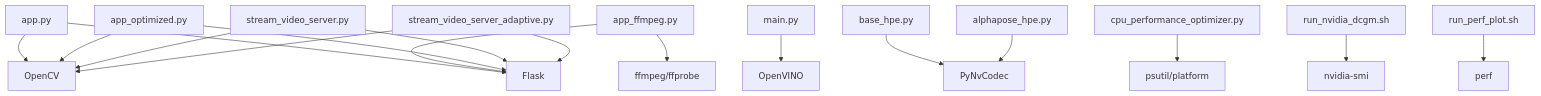
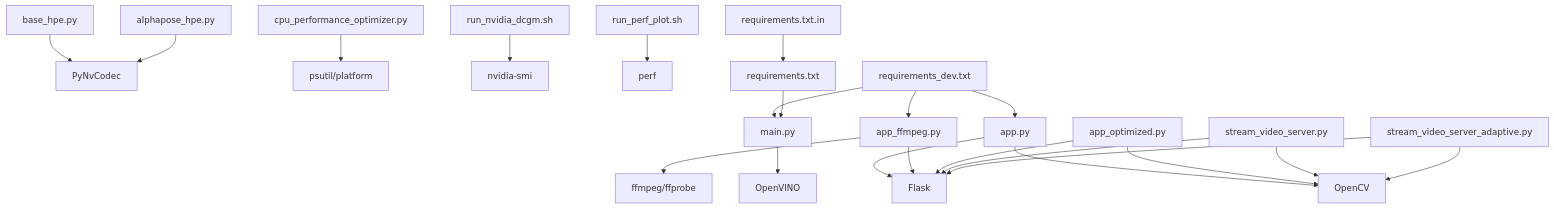
Before and after one commit to Fogus-Gr/MeasurementsDTs: the tenth of 10 diagrams in .qoder/repowiki/en/content/Development Tools/Development Tools.md, drawn with Mermaid. The commit also changed other lines of this file and 4 other files, not shown here.

````diff
--- a/.qoder/repowiki/en/content/Development Tools/Development Tools.md
+++ b/.qoder/repowiki/en/content/Development Tools/Development Tools.md
@@ -456,27 +516,35 @@
 ```mermaid
 graph TB
 Flask["Flask"]
 OpenCV["OpenCV"]
 FFmpeg["ffmpeg/ffprobe"]
 OpenVINO["OpenVINO"]
 PyNvCodec["PyNvCodec"]
 PSUtil["psutil/platform"]
 DCGM["nvidia-smi"]
 Perf["perf"]
+ReqsDev["requirements_dev.txt"]
+ReqsProd["requirements.txt"]
+ReqsTemplate["requirements.txt.in"]
 app_py["app.py"] --> Flask
 app_py --> OpenCV
 app_ffmpeg["app_ffmpeg.py"] --> Flask
 app_ffmpeg --> FFmpeg
 app_optimized["app_optimized.py"] --> Flask
 app_optimized --> OpenCV
 stream_dev["stream_video_server.py"] --> Flask
 stream_dev --> OpenCV
 stream_adapt["stream_video_server_adaptive.py"] --> Flask
 stream_adapt --> OpenCV
 main_mod["main.py"] --> OpenVINO
 base_hpe["base_hpe.py"] --> PyNvCodec
 alphapose_hpe["alphapose_hpe.py"] --> PyNvCodec
 cpu_opt["cpu_performance_optimizer.py"] --> PSUtil
 prof_gpu["run_nvidia_dcgm.sh"] --> DCGM
 prof_cpu["run_perf_plot.sh"] --> Perf
+ReqsDev --> app_py
+ReqsDev --> app_ffmpeg
+ReqsDev --> main_mod
+ReqsProd --> main_mod
+ReqsTemplate --> ReqsProd
 ```
````
